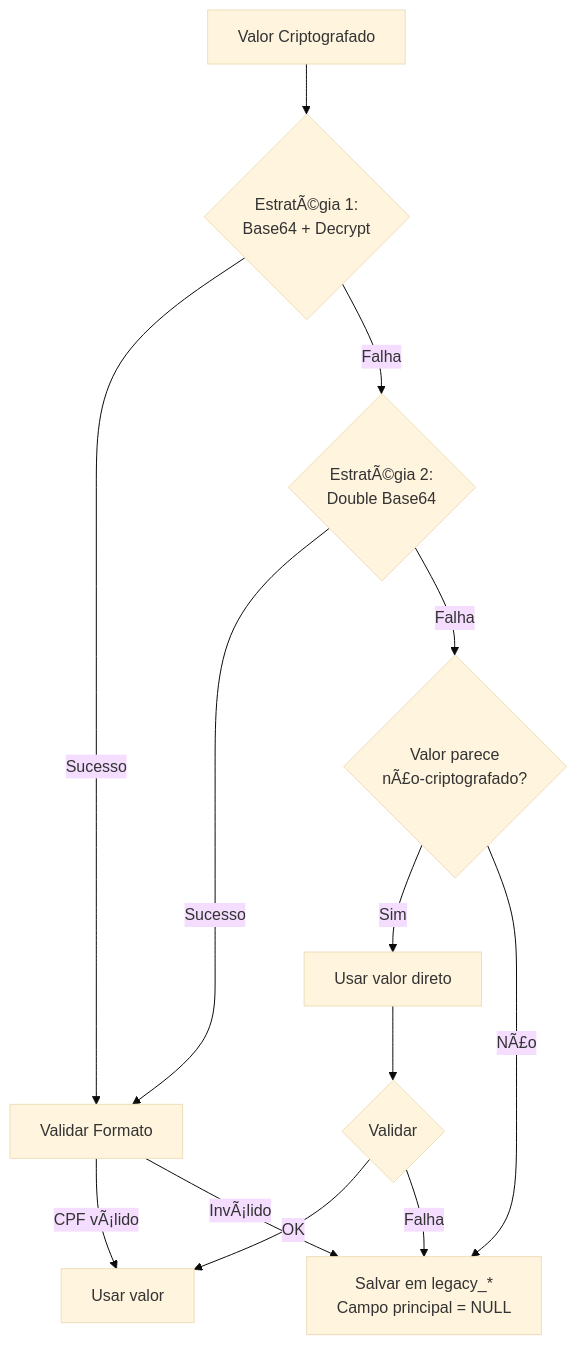
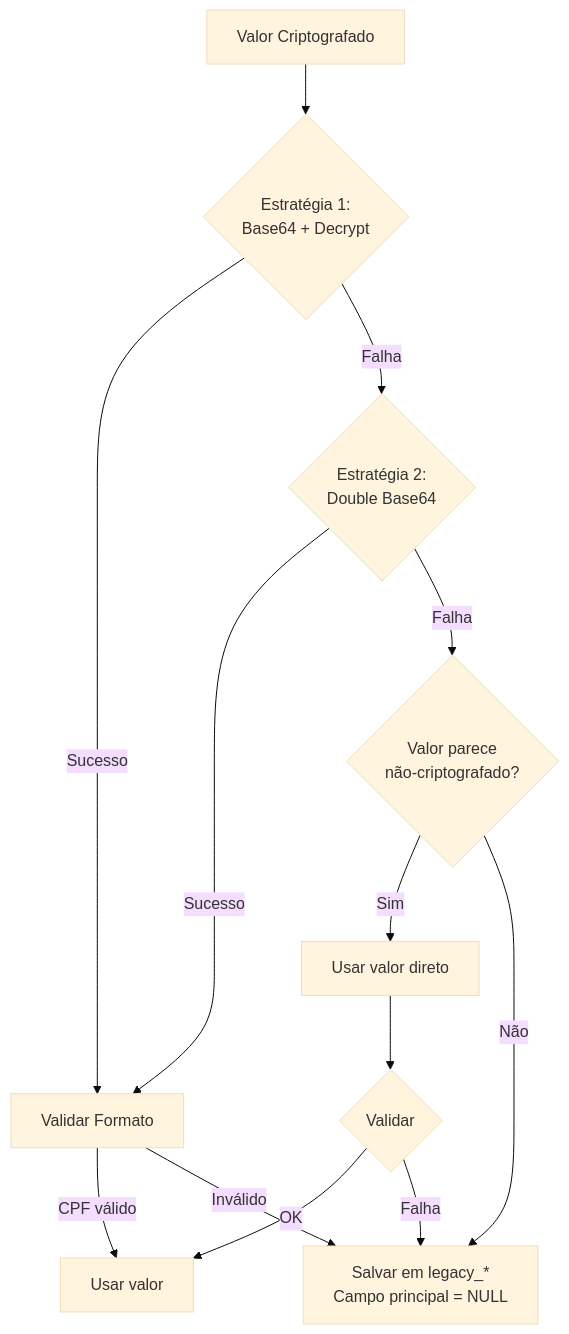
One commit to vhpontes/portal-inclusao-showcase changed the diagram in docs/adr/003-encryption-handling.md. Above: the diagram before and after it, drawn with Mermaid (base theme). The commit also changed other lines of this file and 17 other files, not shown here.

````diff
--- a/docs/adr/003-encryption-handling.md
+++ b/docs/adr/003-encryption-handling.md
@@ -62,18 +62,18 @@
 ```mermaid
 flowchart TD
-    A[Valor Criptografado] --> B{EstratÃ©gia 1:<br/>Base64 + Decrypt}
+    A[Valor Criptografado] --> B{Estratégia 1:<br/>Base64 + Decrypt}
     B -->|Sucesso| C[Validar Formato]
-    B -->|Falha| D{EstratÃ©gia 2:<br/>Double Base64}
+    B -->|Falha| D{Estratégia 2:<br/>Double Base64}
     D -->|Sucesso| C
-    D -->|Falha| E{Valor parece<br/>nÃ£o-criptografado?}
+    D -->|Falha| E{Valor parece<br/>não-criptografado?}
     
     E -->|Sim| F[Usar valor direto]
-    E -->|NÃ£o| G[Salvar em legacy_*<br/>Campo principal = NULL]
+    E -->|Não| G[Salvar em legacy_*<br/>Campo principal = NULL]
     
-    C -->|CPF vÃ¡lido| H[Usar valor]
-    C -->|InvÃ¡lido| G
+    C -->|CPF válido| H[Usar valor]
+    C -->|Inválido| G
     
     F --> I{Validar}
     I -->|OK| H
     I -->|Falha| G
 ```
````
